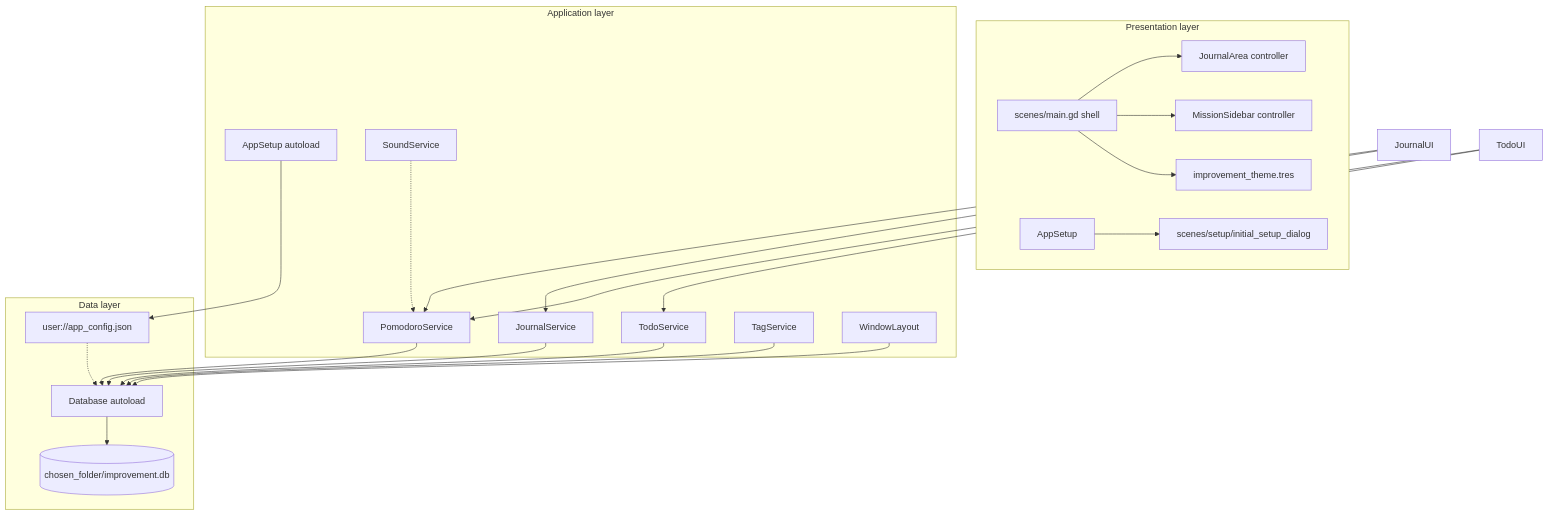
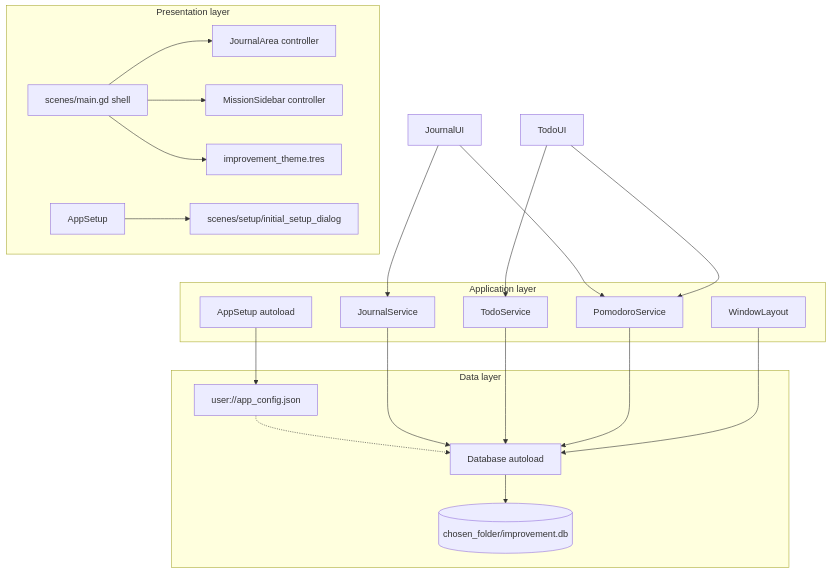
Before and after one commit to dgraham-io/improvement: the diagram in docs/architecture.md, drawn with Mermaid. The commit also changed other lines of this file and 1 other file, not shown here.

Commit message:
Docs: align schema v4 and UI scale\

````diff
--- a/docs/architecture.md
+++ b/docs/architecture.md
@@ -27,44 +27,40 @@
 ```mermaid
 flowchart TB
   subgraph presentation [Presentation layer]
 	Main[scenes/main.gd shell]
 	Setup[scenes/setup/initial_setup_dialog]
 	JournalArea[JournalArea controller]
 	MissionSidebar[MissionSidebar controller]
 	Theme[improvement_theme.tres]
 	Main --> JournalArea
 	Main --> MissionSidebar
 	Main --> Theme
 	AppSetup --> Setup
   end
 
   subgraph application [Application layer]
 	AppSetupSvc[AppSetup autoload]
 	JournalSvc[JournalService]
 	TodoSvc[TodoService]
 	TimerSvc[PomodoroService]
-	TagSvc[TagService]
-	SoundSvc[SoundService]
 	WinLayout[WindowLayout]
   end
 
   subgraph data [Data layer]
 	AppConfig[user://app_config.json]
 	DbAutoload[Database autoload]
 	SQLite[(chosen_folder/improvement.db)]
 	DbAutoload --> SQLite
 	AppConfig -.-> DbAutoload
   end
 
   JournalUI --> JournalSvc
   TodoUI --> TodoSvc
   JournalUI --> TimerSvc
   TodoUI --> TimerSvc
   JournalSvc --> DbAutoload
   TodoSvc --> DbAutoload
   TimerSvc --> DbAutoload
-  TagSvc --> DbAutoload
-  SoundSvc -.-> TimerSvc
   WinLayout --> DbAutoload
   AppSetupSvc --> AppConfig
 ```
````
